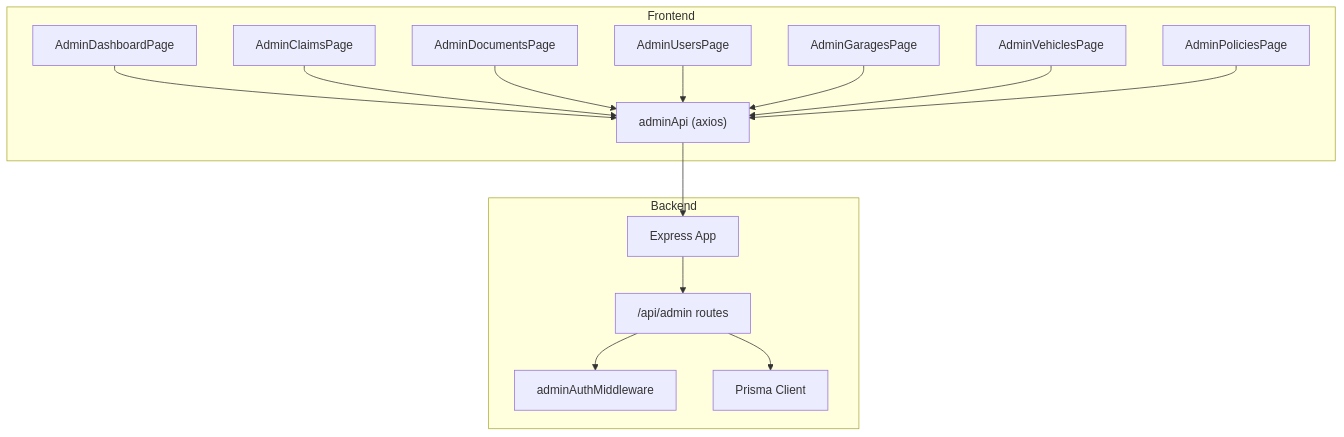
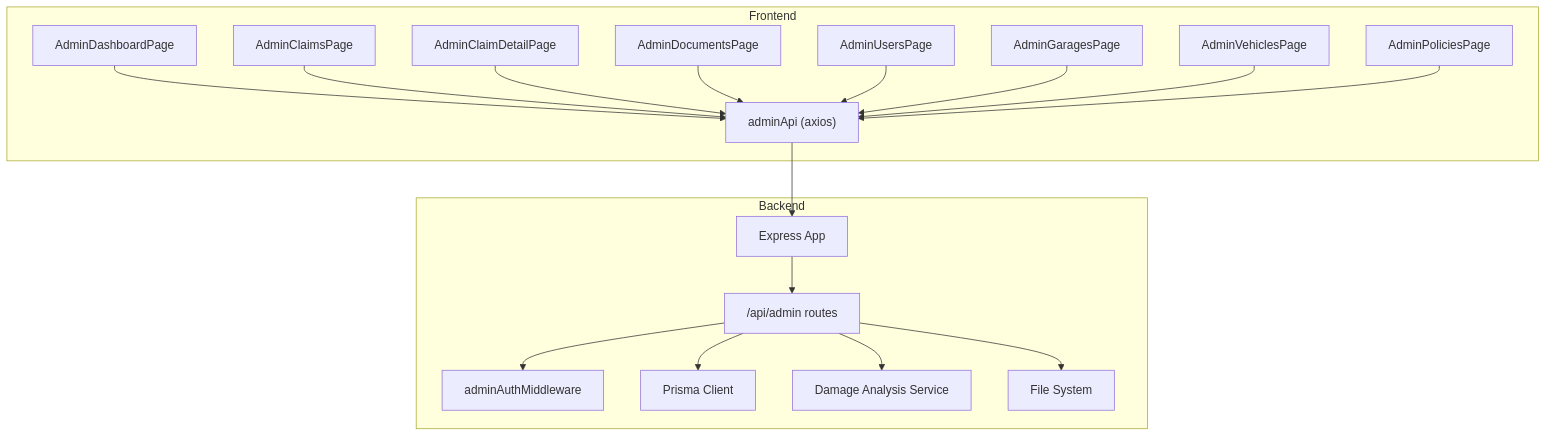
The first of 12 diagrams in .qoder/repowiki/en/content/Backend Documentation/API Endpoints Reference/Administrative Endpoints.md (NaveenHiranya/Smart-Vehicle-Insurance-Claim-System), drawn with Mermaid before and after one commit. The commit also changed other lines of this file and 38 other files, not shown here.

````diff
--- a/.qoder/repowiki/en/content/Backend Documentation/API Endpoints Reference/Administrative Endpoints.md
+++ b/.qoder/repowiki/en/content/Backend Documentation/API Endpoints Reference/Administrative Endpoints.md
@@ -46,30 +48,36 @@
 ```mermaid
 graph TB
 subgraph "Frontend"
 ADP["AdminDashboardPage"]
 ACP["AdminClaimsPage"]
+ACDP["AdminClaimDetailPage"]
 ADocP["AdminDocumentsPage"]
 AUsrP["AdminUsersPage"]
 AGarP["AdminGaragesPage"]
 AVehP["AdminVehiclesPage"]
 APolP["AdminPoliciesPage"]
 AdminAPI["adminApi (axios)"]
 end
 subgraph "Backend"
 App["Express App"]
 AdminRoutes["/api/admin routes"]
 AdminAuth["adminAuthMiddleware"]
 Prisma["Prisma Client"]
+DamageSvc["Damage Analysis Service"]
+FileSys["File System"]
 end
 ADP --> AdminAPI
 ACP --> AdminAPI
+ACDP --> AdminAPI
 ADocP --> AdminAPI
 AUsrP --> AdminAPI
 AGarP --> AdminAPI
 AVehP --> AdminAPI
 APolP --> AdminAPI
 AdminAPI --> App
 App --> AdminRoutes
 AdminRoutes --> AdminAuth
 AdminRoutes --> Prisma
+AdminRoutes --> DamageSvc
+AdminRoutes --> FileSys
 ```
````
